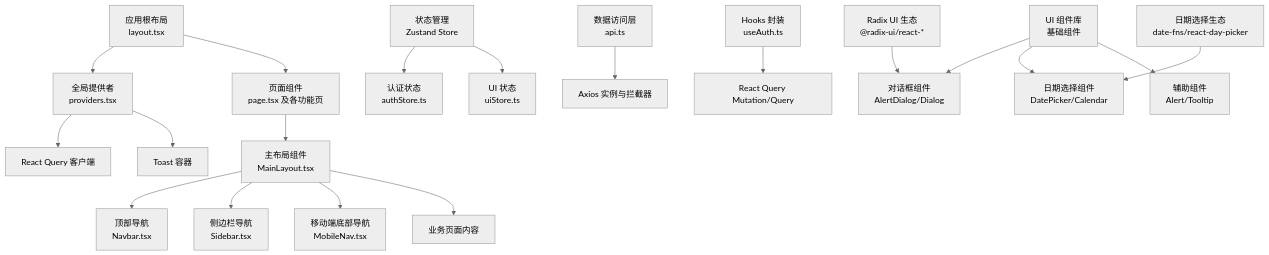
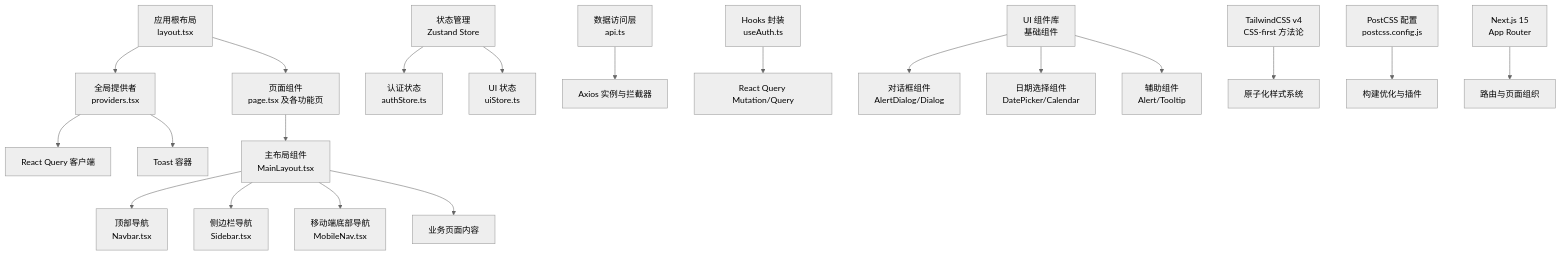
Before and after one commit to gujialind/InvestRing: the first of 8 diagrams in .qoder/repowiki/zh/content/系统架构/前端架构.md, drawn with Mermaid (neutral theme). The commit also changed other lines of this file and 39 other files, not shown here.

````diff
--- a/.qoder/repowiki/zh/content/系统架构/前端架构.md
+++ b/.qoder/repowiki/zh/content/系统架构/前端架构.md
@@ -56,21 +57,22 @@
 ```mermaid
 graph TB
 A["应用根布局<br/>layout.tsx"] --> B["全局提供者<br/>providers.tsx"]
 B --> C["React Query 客户端"]
 B --> D["Toast 容器"]
 A --> E["页面组件<br/>page.tsx 及各功能页"]
 E --> F["主布局组件<br/>MainLayout.tsx"]
 F --> G["顶部导航<br/>Navbar.tsx"]
 F --> H["侧边栏导航<br/>Sidebar.tsx"]
 F --> I["移动端底部导航<br/>MobileNav.tsx"]
 F --> J["业务页面内容"]
 K["状态管理<br/>Zustand Store"] --> L["认证状态<br/>authStore.ts"]
 K --> M["UI 状态<br/>uiStore.ts"]
 N["数据访问层<br/>api.ts"] --> O["Axios 实例与拦截器"]
 P["Hooks 封装<br/>useAuth.ts"] --> Q["React Query Mutation/Query"]
 R["UI 组件库<br/>基础组件"] --> S["对话框组件<br/>AlertDialog/Dialog"]
 R --> T["日期选择组件<br/>DatePicker/Calendar"]
 R --> U["辅助组件<br/>Alert/Tooltip"]
-V["Radix UI 生态<br/>@radix-ui/react-*"] --> S
-W["日期选择生态<br/>date-fns/react-day-picker"] --> T
+V["TailwindCSS v4<br/>CSS-first 方法论"] --> W["原子化样式系统"]
+X["PostCSS 配置<br/>postcss.config.js"] --> Y["构建优化与插件"]
+Z["Next.js 15<br/>App Router"] --> AA["路由与页面组织"]
 ```
````
